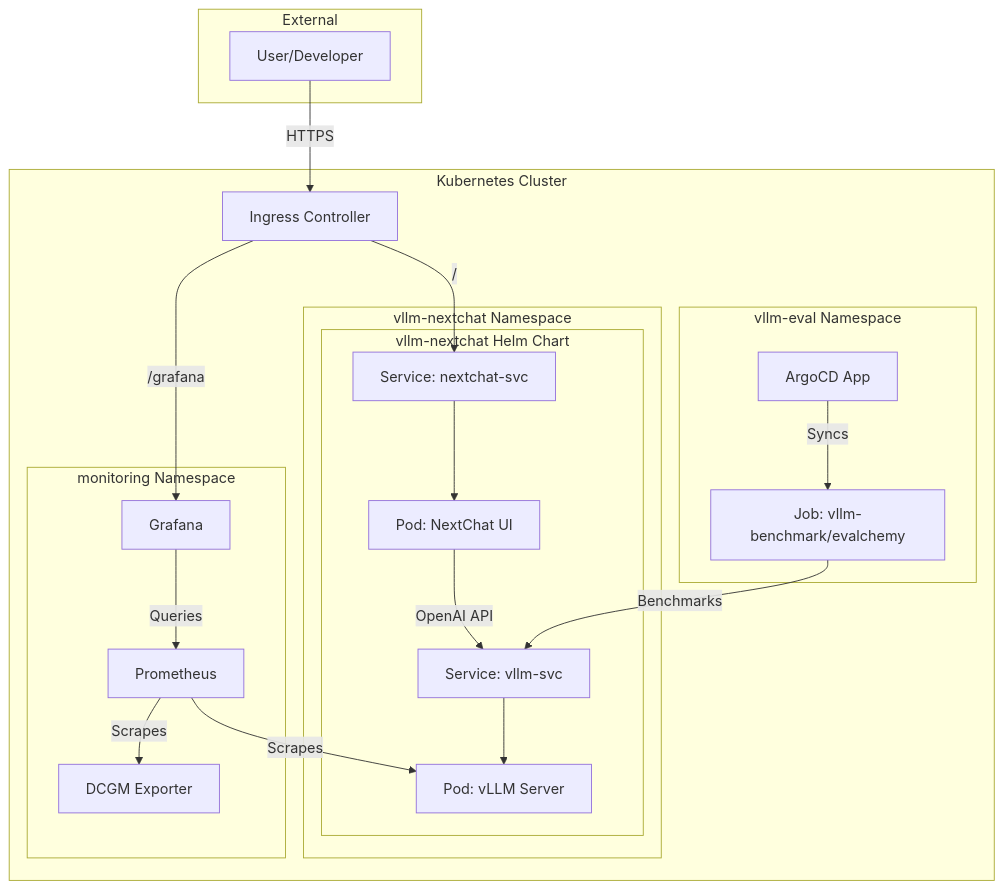
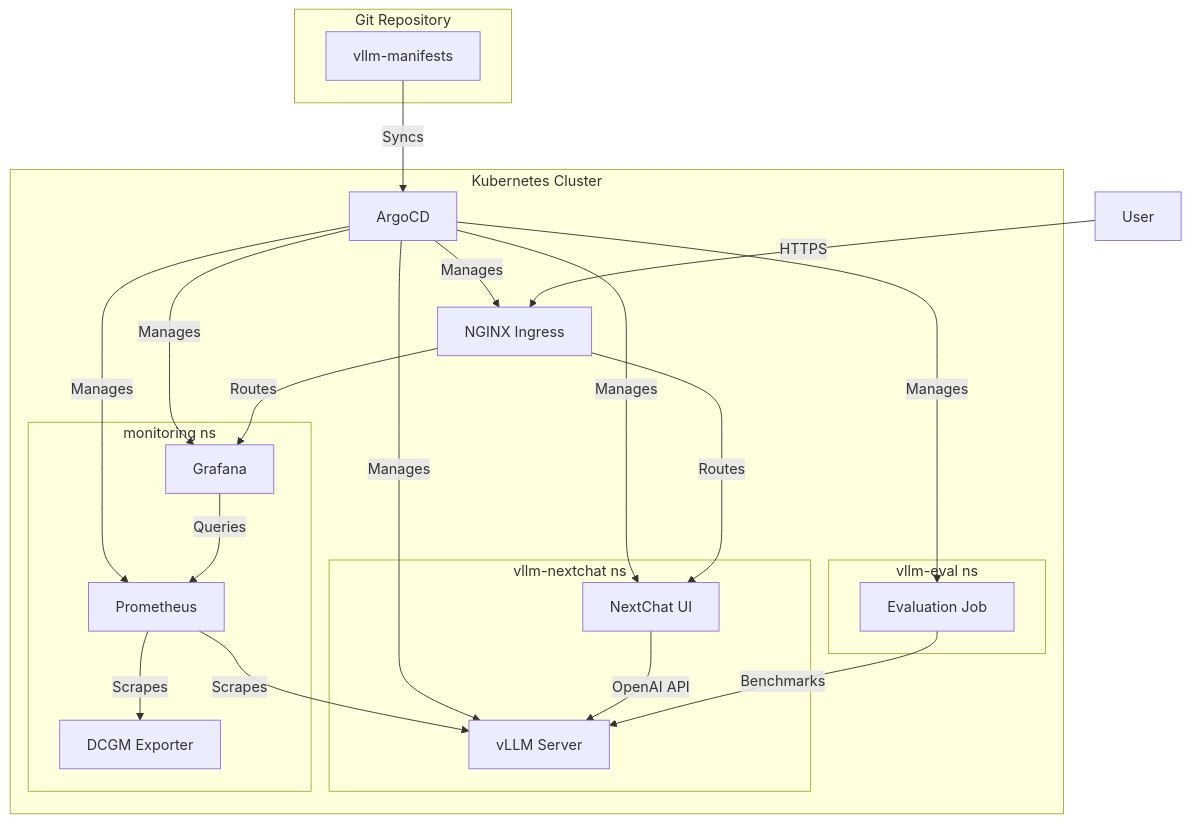
Before and after one commit to ThakiCloud/vllm-manifests-public: the diagram in README.md, drawn with Mermaid. The commit also changed other lines of this file and 11 other files, not shown here.

````diff
--- a/README.md
+++ b/README.md
@@ -15,41 +59,42 @@
 ```mermaid
 graph TD
-    subgraph "External"
-        User[User/Developer]
+    subgraph "Git Repository"
+        Repo["vllm-manifests"]
     end
 
     subgraph "Kubernetes Cluster"
-        Ingress[Ingress Controller]
+        ArgoCD[ArgoCD]
+        Ingress[NGINX Ingress]
         
-        subgraph "vllm-nextchat Namespace"
-            subgraph "vllm-nextchat Helm Chart"
-                NextChat[Pod: NextChat UI]
-                VLLM[Pod: vLLM Server]
-                VLLM_SVC[Service: vllm-svc]
-                NextChat_SVC[Service: nextchat-svc]
-            end
+        subgraph "vllm-nextchat ns"
+            NextChat[NextChat UI]
+            VLLM[vLLM Server]
         end
 
-        subgraph "monitoring Namespace"
+        subgraph "monitoring ns"
             Prometheus[Prometheus]
             Grafana[Grafana]
             DCGM[DCGM Exporter]
         end
 
-        subgraph "vllm-eval Namespace"
-             EvalJob[Job: vllm-benchmark/evalchemy]
-             EvalArgo[ArgoCD App]
+        subgraph "vllm-eval ns"
+             EvalJob[Evaluation Job]
         end
     end
     
+    Repo -- Syncs --> ArgoCD
+    ArgoCD -- Manages --> Ingress
+    ArgoCD -- Manages --> NextChat & VLLM
+    ArgoCD -- Manages --> Prometheus & Grafana
+    ArgoCD -- Manages --> EvalJob
+    
     User -- HTTPS --> Ingress
-    Ingress -- / --> NextChat_SVC --> NextChat
-    Ingress -- /grafana --> Grafana
-    NextChat -- OpenAI API --> VLLM_SVC --> VLLM
-
-    Prometheus -- Scrapes --> DCGM & VLLM
+    Ingress -- Routes --> NextChat
+    Ingress -- Routes --> Grafana
+    NextChat -- OpenAI API --> VLLM
+    
+    Prometheus -- Scrapes --> VLLM
+    Prometheus -- Scrapes --> DCGM
     Grafana -- Queries --> Prometheus
-
-    EvalArgo -- Syncs --> EvalJob
-    EvalJob -- Benchmarks --> VLLM_SVC
+    EvalJob -- Benchmarks --> VLLM
 ```
````
